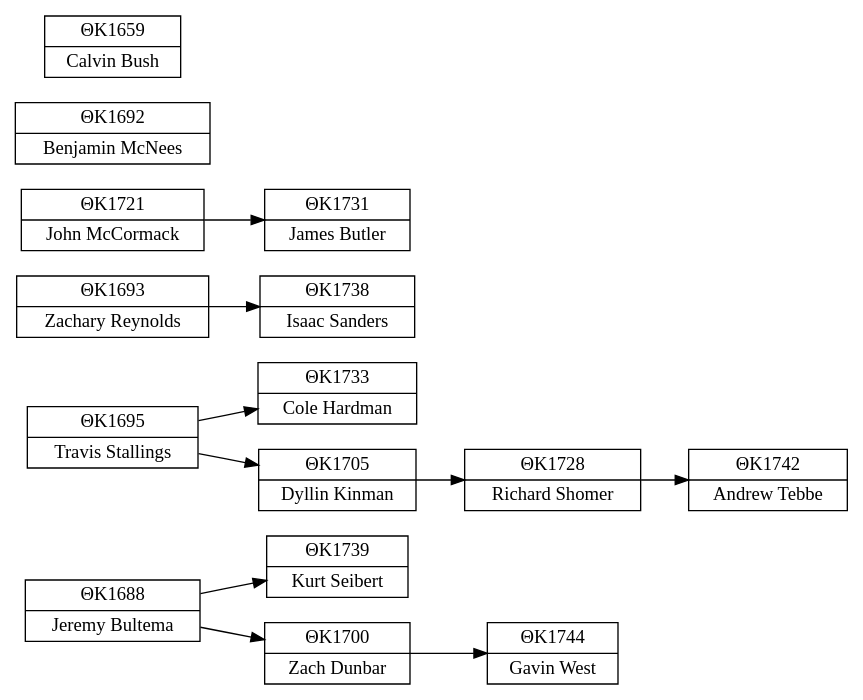
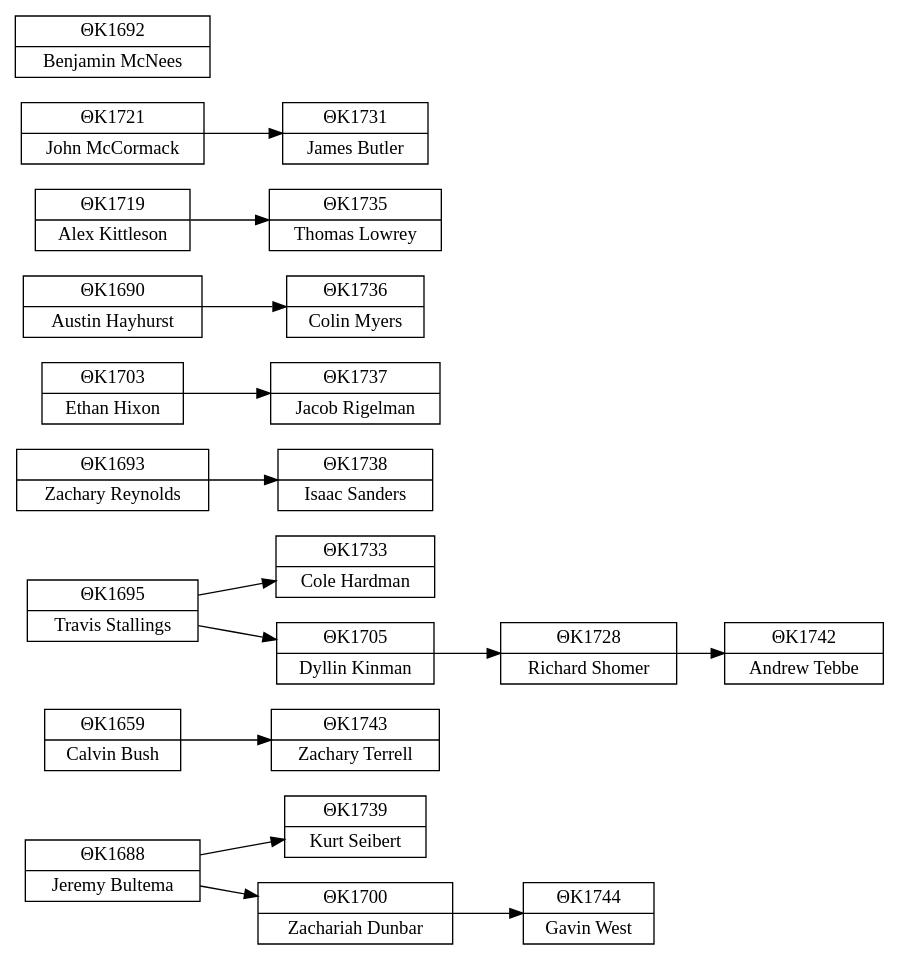
One commit to isaacsanders/lambda_chi_family_tree changed the diagram in theta_kappa.dot. Above: the diagram before and after it, drawn with Graphviz. The commit also changed 3 other files, not shown here.

```diff
--- a/theta_kappa.dot
+++ b/theta_kappa.dot
@@ -1,36 +1,47 @@
 digraph "Theta Kappa Zeta Family Tree" {
   rankdir=LR
   node [shape=record]
   tk1744 [label="<tk_num> ΘK1744|<name> Gavin West"]
+  tk1743 [label="<tk_num> ΘK1743|<name> Zachary Terrell"]
   tk1742 [label="<tk_num> ΘK1742|<name> Andrew Tebbe"]
   tk1739 [label="<tk_num> ΘK1739|<name> Kurt Seibert"]
   tk1738 [label="<tk_num> ΘK1738|<name> Isaac Sanders"]
+  tk1737 [label="<tk_num> ΘK1737|<name> Jacob Rigelman"]
+  tk1736 [label="<tk_num> ΘK1736|<name> Colin Myers"]
+  tk1735 [label="<tk_num> ΘK1735|<name> Thomas Lowrey"]
   tk1733 [label="<tk_num> ΘK1733|<name> Cole Hardman"]
   tk1731 [label="<tk_num> ΘK1731|<name> James Butler"]
   tk1728 [label="<tk_num> ΘK1728|<name> Richard Shomer"]
   tk1728 -> tk1742
 
   tk1721 [label="<tk_num> ΘK1721|<name> John McCormack"]
   tk1721 -> tk1731
 
+  tk1719 [label="<tk_num> ΘK1719|<name> Alex Kittleson"]
+  tk1719 -> tk1735
+
   tk1705 [label="<tk_num> ΘK1705|<name> Dyllin Kinman"]
   tk1705 -> tk1728
 
-  tk1700 [label="<tk_num> ΘK1700|<name> Zach Dunbar"]
+  tk1703 [label="<tk_num> ΘK1703|<name> Ethan Hixon"]
+  tk1703 -> tk1737
+
+  tk1700 [label="<tk_num> ΘK1700|<name> Zachariah Dunbar"]
   tk1700 -> tk1744
 
   tk1695 [label="<tk_num> ΘK1695|<name> Travis Stallings"]
-  tk1695 -> tk1705
-  tk1695 -> tk1733
+  tk1695 -> tk1705, tk1733
 
   tk1693 [label="<tk_num> ΘK1693|<name> Zachary Reynolds"]
   tk1693 -> tk1738
 
   tk1692 [label="<tk_num> ΘK1692|<name> Benjamin McNees"]
+  tk1690 [label="<tk_num> ΘK1690|<name> Austin Hayhurst"]
+  tk1690 -> tk1736
 
   tk1688 [label="<tk_num> ΘK1688|<name> Jeremy Bultema"]
-  tk1688 -> tk1700
-  tk1688 -> tk1739
+  tk1688 -> tk1700, tk1739
 
   tk1659 [label="<tk_num> ΘK1659|<name> Calvin Bush"]
+  tk1659 -> tk1743
 }
```
